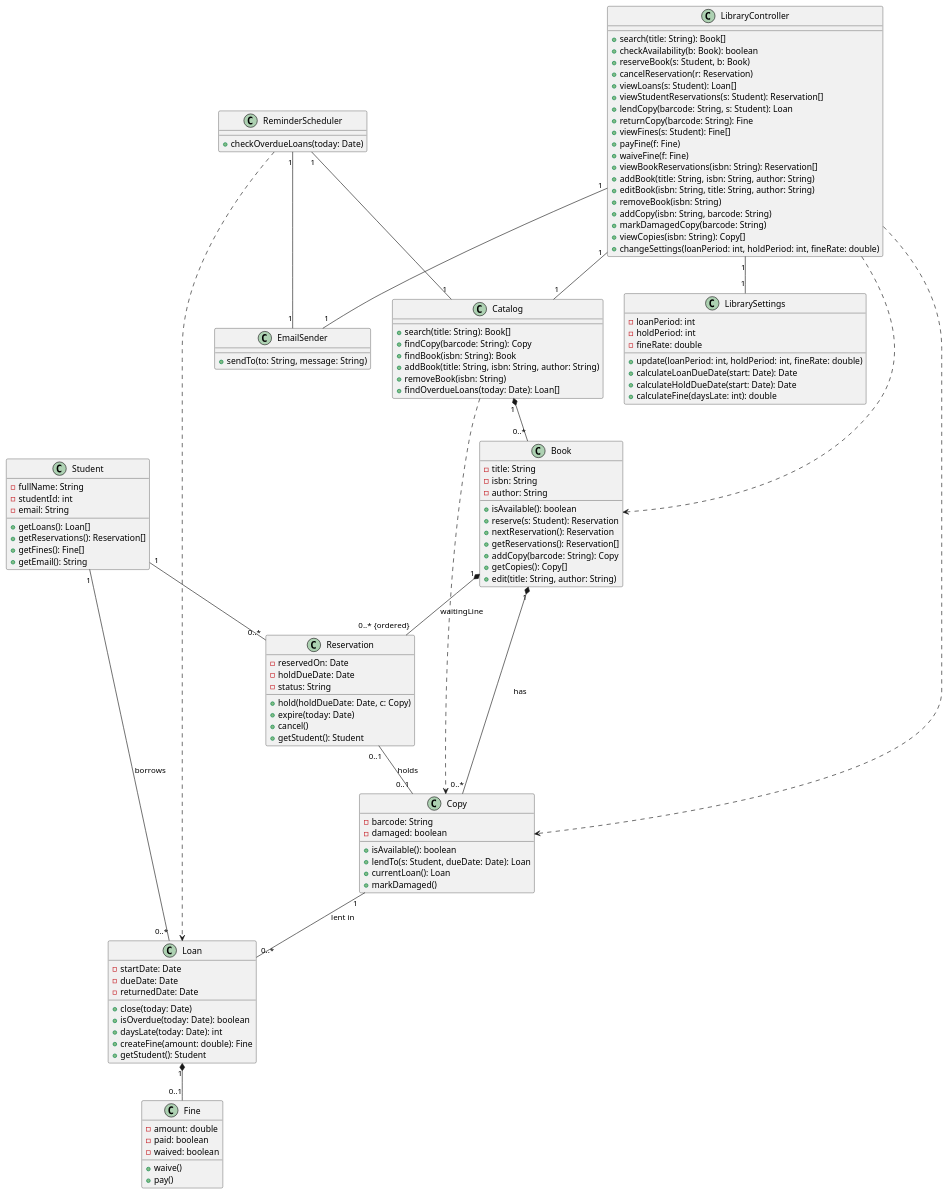
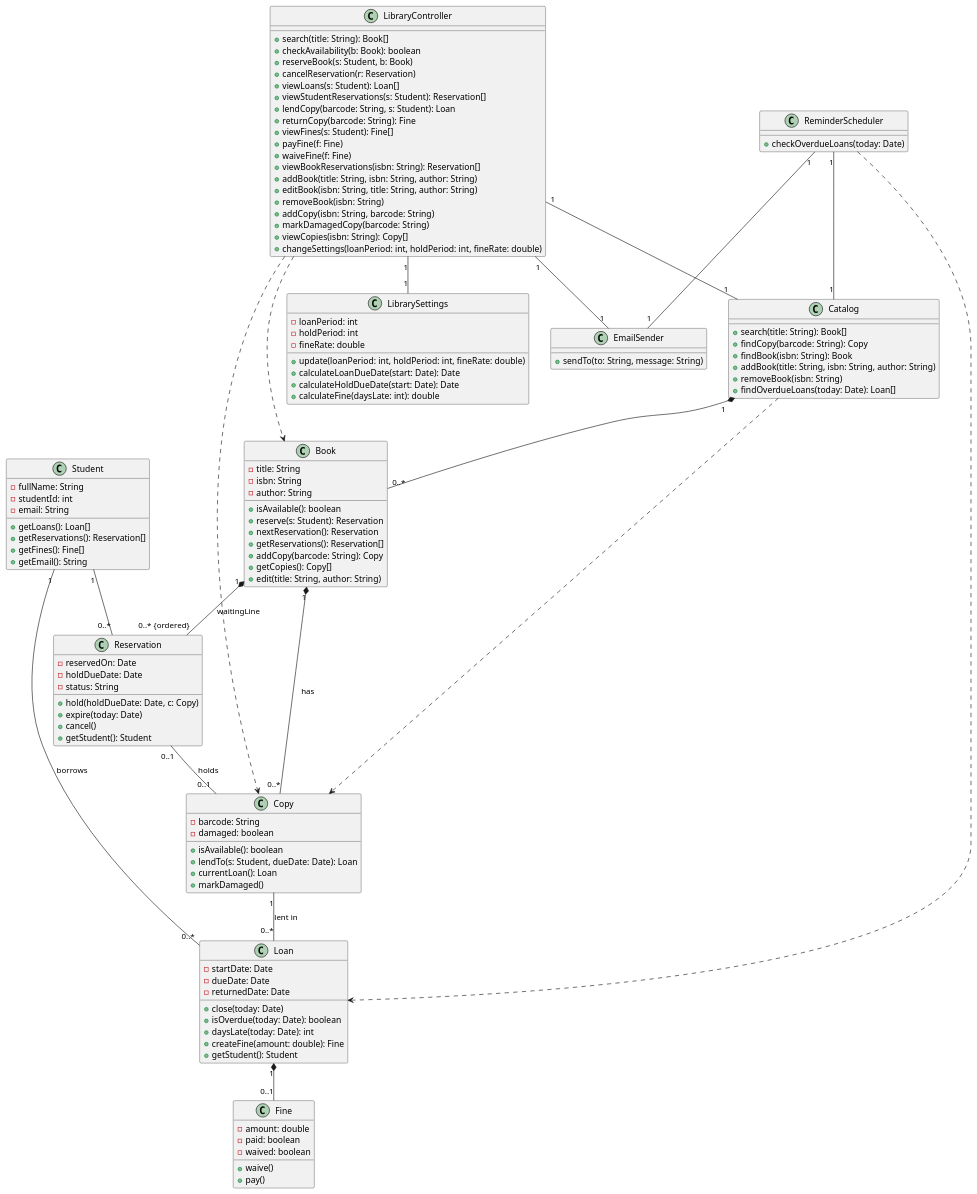
One commit to erionelezaj/LibrarySystem-SW-Design-Principles changed the diagram in docs/uml/class-diagram.puml. Above: the diagram before and after it, drawn with PlantUML.

Commit message:
rearranged some of the classes in the UML code so plantUML renders it visually better

```diff
--- a/docs/uml/class-diagram.puml
+++ b/docs/uml/class-diagram.puml
@@ -1,147 +1,137 @@
 @startuml LibrarySystem
-
-class Student {
-    - fullName: String
-    - studentId: int
-    - email: String
-    + getLoans(): Loan[]
-    + getReservations(): Reservation[]
-    + getFines(): Fine[]
-    + getEmail(): String
-}
-
-class Book {
-    - title: String
-    - isbn: String
-    - author: String
-    + isAvailable(): boolean
-    + reserve(s: Student): Reservation
-    + nextReservation(): Reservation
-    + getReservations(): Reservation[]
-    + addCopy(barcode: String): Copy
-    + getCopies(): Copy[]
-    + edit(title: String, author: String)
-}
-
-class Copy {
-    - barcode: String
-    - damaged: boolean
-    + isAvailable(): boolean
-    + lendTo(s: Student, dueDate: Date): Loan
-    + currentLoan(): Loan
-    + markDamaged()
-}
-
-
-
-class Reservation {
-    - reservedOn: Date
-    - holdDueDate: Date
-    - status: String
-    + hold(holdDueDate: Date, c: Copy)
-    + expire(today: Date)
-    + cancel()
-    + getStudent(): Student
-}
-
-
-
-
-class Loan {
-    - startDate: Date
-    - dueDate: Date
-    - returnedDate: Date
-    + close(today: Date)
-    + isOverdue(today: Date): boolean
-    + daysLate(today: Date): int
-    + createFine(amount: double): Fine
-    + getStudent(): Student
-}
-
-
-class Fine {
-    - amount: double
-    - paid: boolean
-    - waived: boolean
-    + waive()
-    + pay()
-}
-
-class Catalog {
-    + search(title: String): Book[]
-    + findCopy(barcode: String): Copy
-    + findBook(isbn: String): Book
-    + addBook(title: String, isbn: String, author: String)
-    + removeBook(isbn: String)
-    + findOverdueLoans(today: Date): Loan[]
-}
-
-class ReminderScheduler {
-    + checkOverdueLoans(today: Date)
-}
-
-class LibrarySettings {
-    - loanPeriod: int
-    - holdPeriod: int
-    - fineRate: double
-    + update(loanPeriod: int, holdPeriod: int, fineRate: double)
-    + calculateLoanDueDate(start: Date): Date
-    + calculateHoldDueDate(start: Date): Date
-    + calculateFine(daysLate: int): double
-}
 
 class LibraryController {
     + search(title: String): Book[]
     + checkAvailability(b: Book): boolean
     + reserveBook(s: Student, b: Book)
     + cancelReservation(r: Reservation)
     + viewLoans(s: Student): Loan[]
     + viewStudentReservations(s: Student): Reservation[]
     + lendCopy(barcode: String, s: Student): Loan
     + returnCopy(barcode: String): Fine
     + viewFines(s: Student): Fine[]
     + payFine(f: Fine)
     + waiveFine(f: Fine)
     + viewBookReservations(isbn: String): Reservation[]
     + addBook(title: String, isbn: String, author: String)
     + editBook(isbn: String, title: String, author: String)
     + removeBook(isbn: String)
     + addCopy(isbn: String, barcode: String)
     + markDamagedCopy(barcode: String)
     + viewCopies(isbn: String): Copy[]
     + changeSettings(loanPeriod: int, holdPeriod: int, fineRate: double)
 }
 
+class ReminderScheduler {
+    + checkOverdueLoans(today: Date)
+}
+
 class EmailSender {
     + sendTo(to: String, message: String)
 }
 
+class Catalog {
+    + search(title: String): Book[]
+    + findCopy(barcode: String): Copy
+    + findBook(isbn: String): Book
+    + addBook(title: String, isbn: String, author: String)
+    + removeBook(isbn: String)
+    + findOverdueLoans(today: Date): Loan[]
+}
+
+class LibrarySettings {
+    - loanPeriod: int
+    - holdPeriod: int
+    - fineRate: double
+    + update(loanPeriod: int, holdPeriod: int, fineRate: double)
+    + calculateLoanDueDate(start: Date): Date
+    + calculateHoldDueDate(start: Date): Date
+    + calculateFine(daysLate: int): double
+}
+
+class Book {
+    - title: String
+    - isbn: String
+    - author: String
+    + isAvailable(): boolean
+    + reserve(s: Student): Reservation
+    + nextReservation(): Reservation
+    + getReservations(): Reservation[]
+    + addCopy(barcode: String): Copy
+    + getCopies(): Copy[]
+    + edit(title: String, author: String)
+}
+
+class Student {
+    - fullName: String
+    - studentId: int
+    - email: String
+    + getLoans(): Loan[]
+    + getReservations(): Reservation[]
+    + getFines(): Fine[]
+    + getEmail(): String
+}
+
+class Reservation {
+    - reservedOn: Date
+    - holdDueDate: Date
+    - status: String
+    + hold(holdDueDate: Date, c: Copy)
+    + expire(today: Date)
+    + cancel()
+    + getStudent(): Student
+}
+
+class Copy {
+    - barcode: String
+    - damaged: boolean
+    + isAvailable(): boolean
+    + lendTo(s: Student, dueDate: Date): Loan
+    + currentLoan(): Loan
+    + markDamaged()
+}
+
+class Loan {
+    - startDate: Date
+    - dueDate: Date
+    - returnedDate: Date
+    + close(today: Date)
+    + isOverdue(today: Date): boolean
+    + daysLate(today: Date): int
+    + createFine(amount: double): Fine
+    + getStudent(): Student
+}
+
+class Fine {
+    - amount: double
+    - paid: boolean
+    - waived: boolean
+    + waive()
+    + pay()
+}
 
 
- Student "1" -- "0..*" Loan : borrows 
- Student "1" -- "0..*" Reservation 
+LibraryController "1" -- "1" EmailSender
+LibraryController "1" -- "1" Catalog
+LibraryController "1" -- "1" LibrarySettings
+LibraryController ..> Book
+LibraryController ..> Copy
 
- Book "1" *-- "0..* {ordered}" Reservation : waitingLine 
- Book "1" *-- "0..*" Copy: has
+ReminderScheduler "1" -- "1" EmailSender
+ReminderScheduler "1" -- "1" Catalog
+ReminderScheduler ..> Loan
 
-Reservation "0..1" -- "0..1" Copy : holds
-
-Copy "1" -- "0..*" Loan : lent in 
- 
 Catalog "1" *-- "0..*" Book
 Catalog ..> Copy
 
+Book "1" *-- "0..* {ordered}" Reservation : waitingLine
+Book "1" *-- "0..*" Copy : has
+Reservation "0..1" -- "0..1" Copy : holds
 
+Student "1" -- "0..*" Reservation
+Student "1" -- "0..*" Loan : borrows
+
+Copy "1" -- "0..*" Loan : lent in
 Loan "1" *-- "0..1" Fine
 
-ReminderScheduler "1" -- "1" Catalog
-ReminderScheduler "1" -- "1" EmailSender
-ReminderScheduler ..> Loan
-
-LibraryController "1" -- "1" Catalog
-LibraryController "1" -- "1" LibrarySettings
-LibraryController "1" -- "1" EmailSender
-LibraryController ..> Book
-LibraryController ..> Copy
-
 @enduml
```
